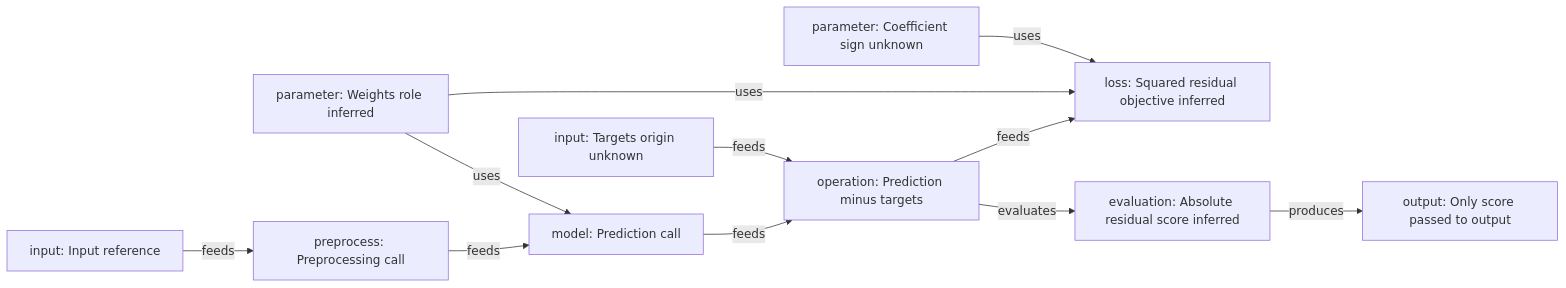
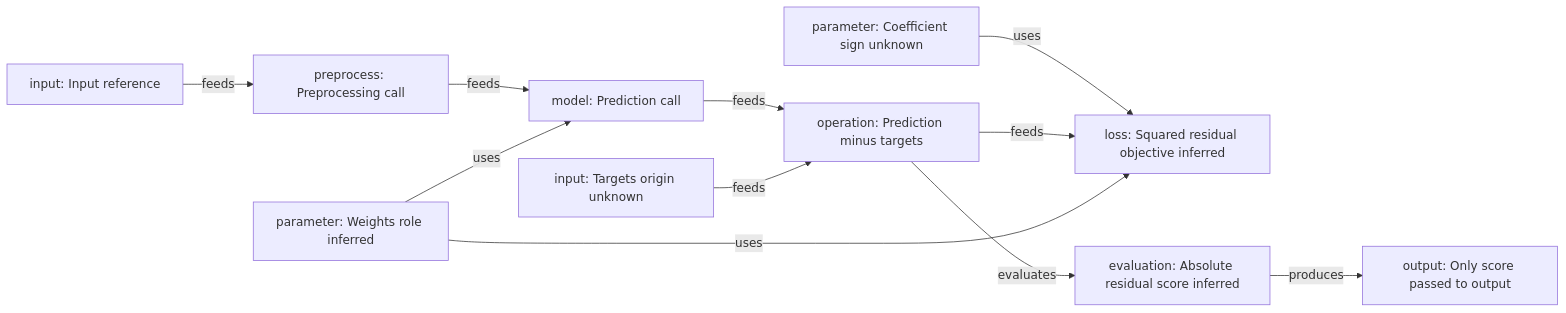
The diagram in docs/semantic-example.md (iwashita-nozomu/experiment-model-inspector), drawn with Mermaid before and after one commit. The commit also changed other lines of this file and 5 other files, not shown here.

Commit message:
Stabilize native figure identities and evidence-linked explanations

````diff
--- a/docs/semantic-example.md
+++ b/docs/semantic-example.md
@@ -21,23 +21,23 @@
 ```mermaid
 flowchart LR
-  n0["input: Input reference"]
-  n1["preprocess: Preprocessing call"]
-  n2["parameter: Weights role inferred"]
-  n3["model: Prediction call"]
-  n4["input: Targets origin unknown"]
-  n5["operation: Prediction minus targets"]
-  n6["parameter: Coefficient sign unknown"]
-  n7["loss: Squared residual objective inferred"]
-  n8["evaluation: Absolute residual score inferred"]
-  n9["output: Only score passed to output"]
-  n0 -->|feeds| n1
-  n1 -->|feeds| n3
-  n2 -->|uses| n3
-  n3 -->|feeds| n5
-  n4 -->|feeds| n5
-  n5 -->|feeds| n7
-  n2 -->|uses| n7
-  n6 -->|uses| n7
-  n5 -->|evaluates| n8
-  n8 -->|produces| n9
+  node_features["preprocess: Preprocessing call"]
+  node_loss["loss: Squared residual objective inferred"]
+  node_metrics["output: Only score passed to output"]
+  node_penalty["parameter: Coefficient sign unknown"]
+  node_prediction["model: Prediction call"]
+  node_residual["operation: Prediction minus targets"]
+  node_samples["input: Input reference"]
+  node_score["evaluation: Absolute residual score inferred"]
+  node_targets["input: Targets origin unknown"]
+  node_weights["parameter: Weights role inferred"]
+  node_features -->|feeds| node_prediction
+  node_penalty -->|uses| node_loss
+  node_prediction -->|feeds| node_residual
+  node_residual -->|evaluates| node_score
+  node_residual -->|feeds| node_loss
+  node_samples -->|feeds| node_features
+  node_score -->|produces| node_metrics
+  node_targets -->|feeds| node_residual
+  node_weights -->|uses| node_loss
+  node_weights -->|uses| node_prediction
 ```
````
